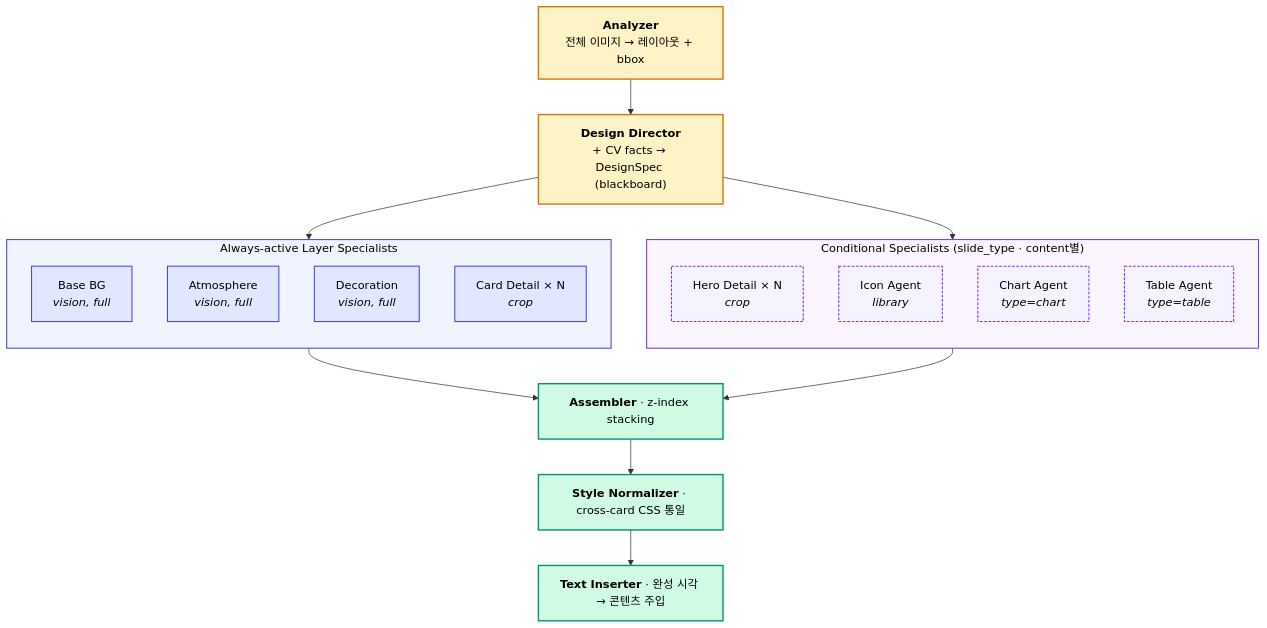
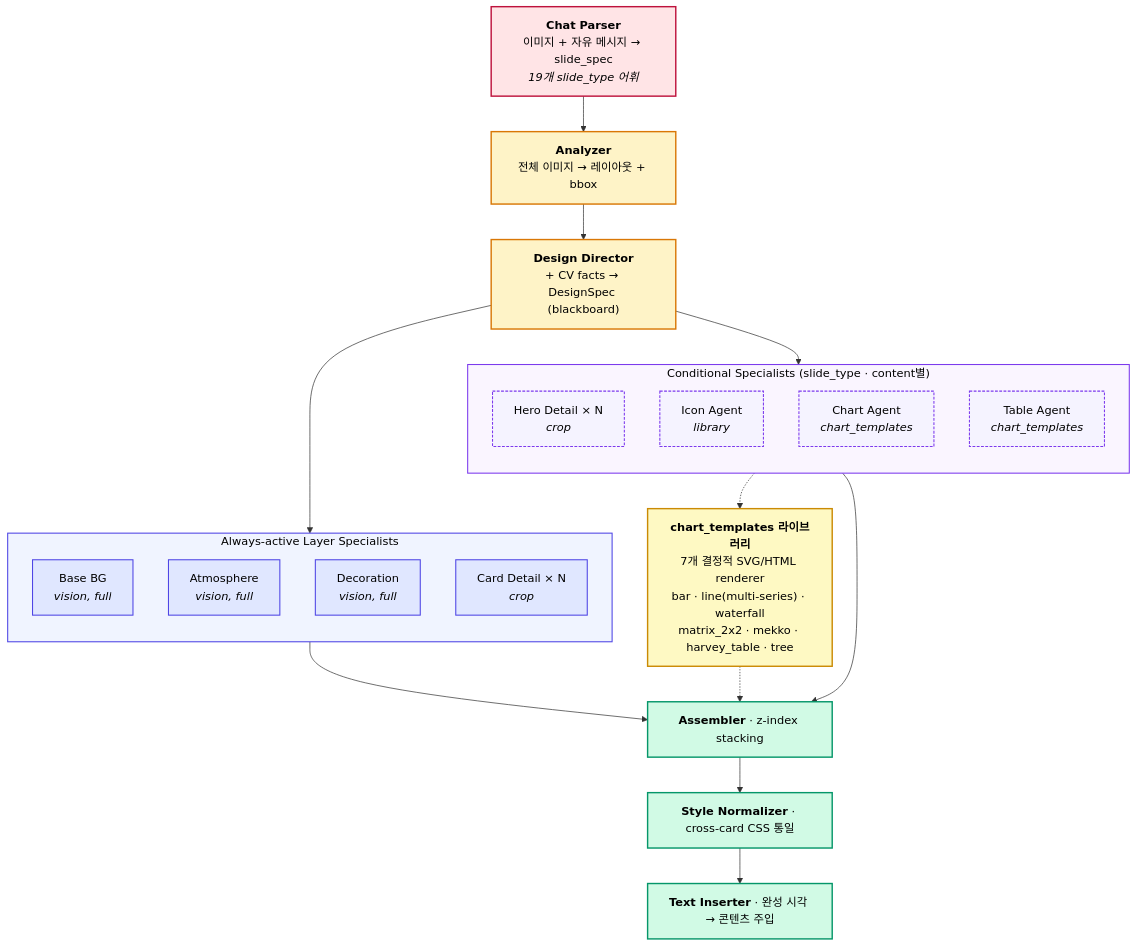
Before and after one commit to johnny9210/ppt_paper: the diagram in results/figures/layeragent_architecture.mmd, drawn with Mermaid. The commit also changed 15 other files, not shown here.

First line of the commit message:
Reframe paper around LayerAgent v4 chart_templates win

```diff
--- a/results/figures/layeragent_architecture.mmd
+++ b/results/figures/layeragent_architecture.mmd
@@ -1,44 +1,54 @@
 flowchart TB
+    P["<b>Chat Parser</b><br/>이미지 + 자유 메시지 → slide_spec<br/><i>19개 slide_type 어휘</i>"]
     A["<b>Analyzer</b><br/>전체 이미지 → 레이아웃 + bbox"]
     B["<b>Design Director</b><br/>+ CV facts → DesignSpec (blackboard)"]
 
     subgraph G1 ["Always-active Layer Specialists"]
         direction TB
         S1["Base BG<br/><i>vision, full</i>"]
         S2["Atmosphere<br/><i>vision, full</i>"]
         S3["Decoration<br/><i>vision, full</i>"]
         S4["Card Detail × N<br/><i>crop</i>"]
     end
 
     subgraph G2 ["Conditional Specialists (slide_type · content별)"]
         direction TB
         S5["Hero Detail × N<br/><i>crop</i>"]
         S6["Icon Agent<br/><i>library</i>"]
-        S7["Chart Agent<br/><i>type=chart</i>"]
-        S8["Table Agent<br/><i>type=table</i>"]
+        S7["Chart Agent<br/><i>chart_templates</i>"]
+        S8["Table Agent<br/><i>chart_templates</i>"]
     end
+
+    L["<b>chart_templates 라이브러리</b><br/>7개 결정적 SVG/HTML renderer<br/>bar · line(multi-series) · waterfall<br/>matrix_2x2 · mekko · harvey_table · tree"]
 
     C["<b>Assembler</b> · z-index stacking"]
     D["<b>Style Normalizer</b> · cross-card CSS 통일"]
     E["<b>Text Inserter</b> · 완성 시각 → 콘텐츠 주입"]
 
+    P --> A
     A --> B
     B --> G1
     B --> G2
+    G2 -.-> L
     G1 --> C
     G2 --> C
+    L -.-> C
     C --> D
     D --> E
 
+    classDef parser fill:#FFE4E6,stroke:#BE123C,stroke-width:2px,color:#000
     classDef stage0 fill:#FEF3C7,stroke:#D97706,stroke-width:2px,color:#000
     classDef specAlways fill:#E0E7FF,stroke:#4F46E5,stroke-width:1.5px,color:#000
     classDef specCond fill:#F5F3FF,stroke:#7C3AED,stroke-width:1.5px,stroke-dasharray:4 2,color:#000
+    classDef library fill:#FEF9C3,stroke:#CA8A04,stroke-width:2px,color:#000
     classDef stage2 fill:#D1FAE5,stroke:#059669,stroke-width:2px,color:#000
 
+    class P parser
     class A,B stage0
     class S1,S2,S3,S4 specAlways
     class S5,S6,S7,S8 specCond
+    class L library
     class C,D,E stage2
 
     style G1 fill:#F0F4FF,stroke:#4F46E5,stroke-width:1.5px,color:#000
     style G2 fill:#FAF5FF,stroke:#7C3AED,stroke-width:1.5px,color:#000
```
